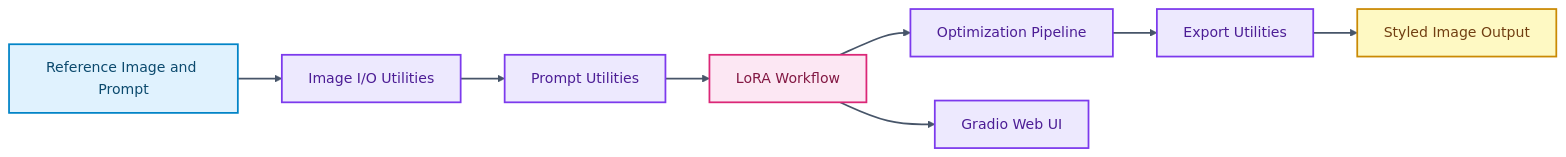
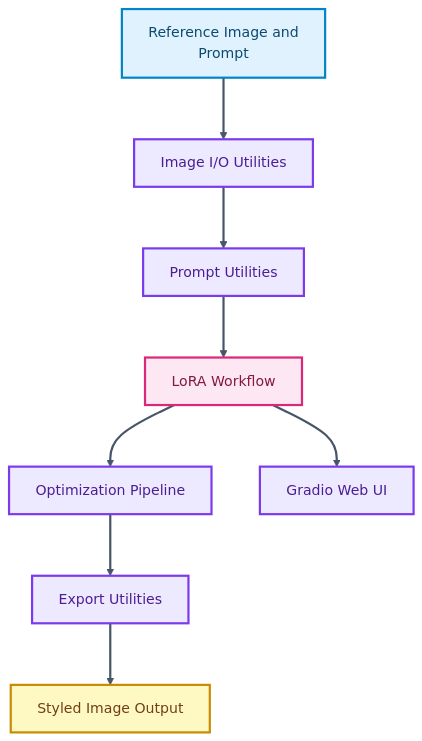
The diagram in README.md (skx56/StyleSync-AI), drawn with Mermaid before and after one commit.

Commit message:
Make README architecture diagram vertical

````diff
--- a/README.md
+++ b/README.md
@@ -30,21 +30,22 @@
 ```mermaid
-flowchart LR
-  Input["Reference Image and Prompt"] --> IO["Image I/O Utilities"]
+%%{init: {"flowchart": {"nodeSpacing": 55, "rankSpacing": 70, "curve": "basis"}, "themeVariables": {"fontSize": "16px", "fontFamily": "Inter, ui-sans-serif, system-ui, -apple-system, BlinkMacSystemFont, Segoe UI, sans-serif"}}}%%
+flowchart TD
+  Input["Reference Image and<br/>Prompt"] --> IO["Image I/O Utilities"]
   IO --> Prompt["Prompt Utilities"]
   Prompt --> LoRA["LoRA Workflow"]
   LoRA --> Optimize["Optimization Pipeline"]
   Optimize --> Export["Export Utilities"]
   Export --> Output["Styled Image Output"]
   LoRA --> Gradio["Gradio Web UI"]
 
-  classDef inputs fill:#E0F2FE,stroke:#0284C7,color:#0C4A6E,stroke-width:2px;
-  classDef process fill:#EDE9FE,stroke:#7C3AED,color:#4C1D95,stroke-width:2px;
-  classDef data fill:#CCFBF1,stroke:#0D9488,color:#134E4A,stroke-width:2px;
-  classDef agent fill:#FCE7F3,stroke:#DB2777,color:#831843,stroke-width:2px;
-  classDef output fill:#FEF9C3,stroke:#CA8A04,color:#713F12,stroke-width:2px;
+  classDef inputs fill:#E0F2FE,stroke:#0284C7,color:#0C4A6E,stroke-width:2.5px;
+  classDef process fill:#EDE9FE,stroke:#7C3AED,color:#4C1D95,stroke-width:2.5px;
+  classDef data fill:#CCFBF1,stroke:#0D9488,color:#134E4A,stroke-width:2.5px;
+  classDef agent fill:#FCE7F3,stroke:#DB2777,color:#831843,stroke-width:2.5px;
+  classDef output fill:#FEF9C3,stroke:#CA8A04,color:#713F12,stroke-width:2.5px;
   class Input inputs;
   class IO,Prompt,Optimize,Export,Gradio process;
   class LoRA agent;
   class Output output;
-  linkStyle default stroke:#475569,stroke-width:2px;
+  linkStyle default stroke:#475569,stroke-width:2.5px;
 ```
````
